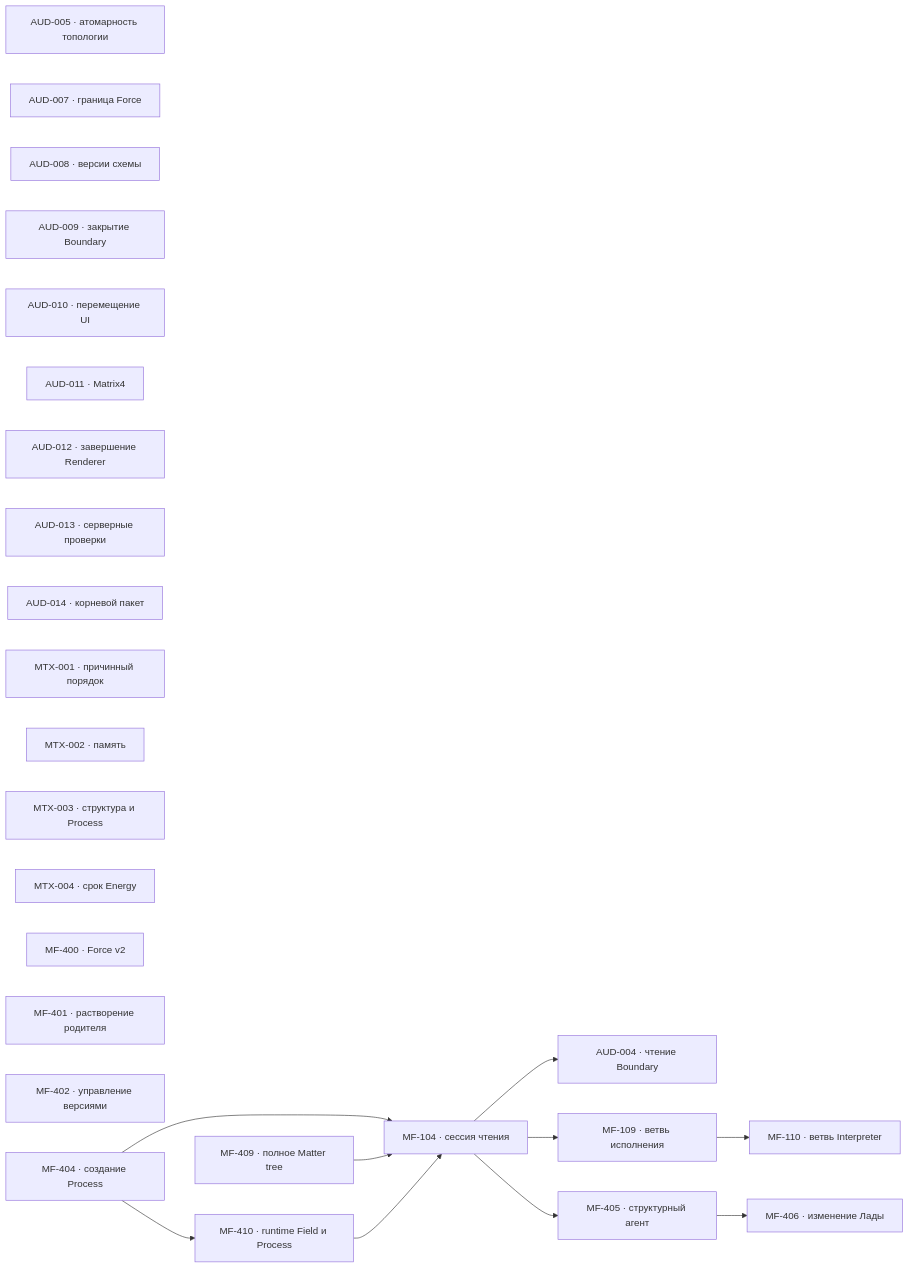
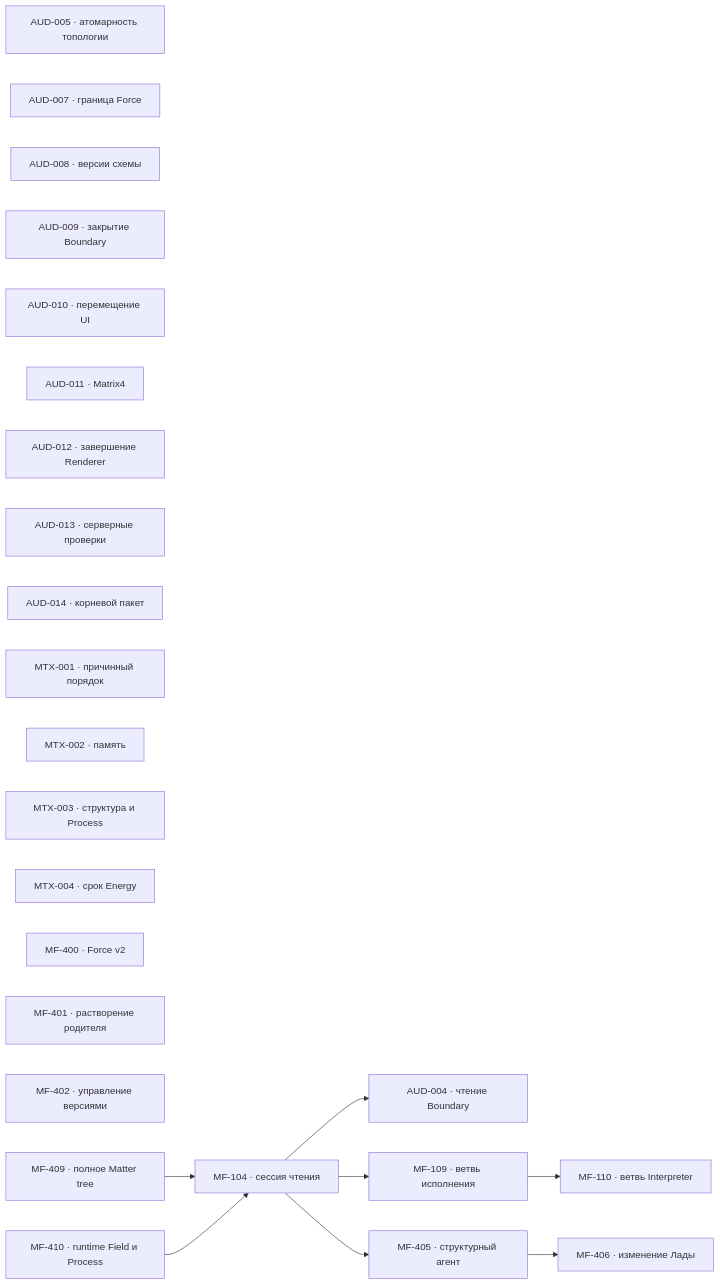
Before and after one commit to zavx0z/metafor: the diagram in project/TODO.md, drawn with Mermaid. The commit also changed other lines of this file and 1 other file, not shown here.

````diff
--- a/project/TODO.md
+++ b/project/TODO.md
@@ -13,38 +13,35 @@
 ```mermaid
 flowchart LR
     AUD004["AUD-004 · чтение Boundary"]
     AUD005["AUD-005 · атомарность топологии"]
     AUD007["AUD-007 · граница Force"]
     AUD008["AUD-008 · версии схемы"]
     AUD009["AUD-009 · закрытие Boundary"]
     AUD010["AUD-010 · перемещение UI"]
     AUD011["AUD-011 · Matrix4"]
     AUD012["AUD-012 · завершение Renderer"]
     AUD013["AUD-013 · серверные проверки"]
     AUD014["AUD-014 · корневой пакет"]
     MTX001["MTX-001 · причинный порядок"]
     MTX002["MTX-002 · память"]
     MTX003["MTX-003 · структура и Process"]
     MTX004["MTX-004 · срок Energy"]
     MF104["MF-104 · сессия чтения"]
     MF109["MF-109 · ветвь исполнения"]
     MF110["MF-110 · ветвь Interpreter"]
     MF400["MF-400 · Force v2"]
     MF401["MF-401 · растворение родителя"]
     MF402["MF-402 · управление версиями"]
-    MF404["MF-404 · создание Process"]
     MF405["MF-405 · структурный агент"]
     MF406["MF-406 · изменение Лады"]
     MF409["MF-409 · полное Matter tree"]
     MF410["MF-410 · runtime Field и Process"]
 
-    MF404 --> MF410
-    MF404 --> MF104
     MF409 --> MF104
     MF410 --> MF104
     MF104 --> AUD004
     MF104 --> MF109
     MF109 --> MF110
     MF104 --> MF405
     MF405 --> MF406
 ```
````
